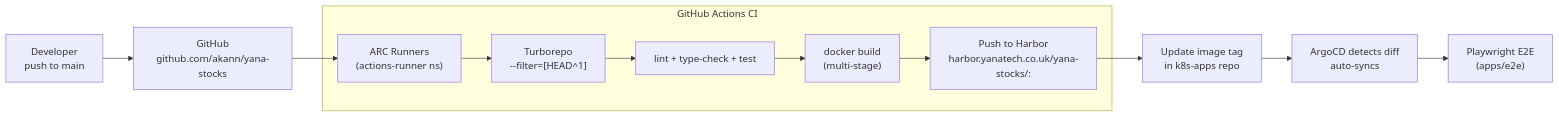
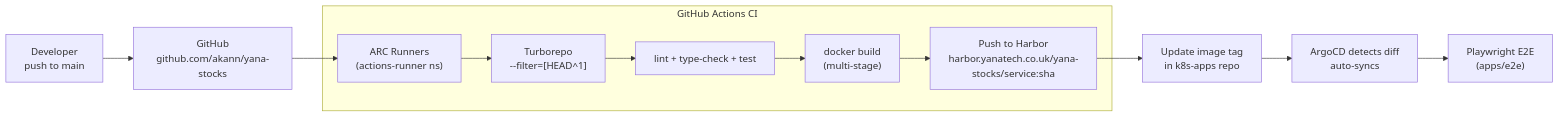
Before and after one commit to akann/k8s-apps: the eighth of 13 diagrams in ARCHITECTURE.md, drawn with Mermaid. The commit also changed other lines of this file, not shown here.

Commit message:
ARCHITECTURE.md

````diff
--- a/ARCHITECTURE.md
+++ b/ARCHITECTURE.md
@@ -413,16 +415,16 @@
 ```mermaid
 graph LR
     Dev["Developer\npush to main"] --> GH["GitHub\ngithub.com/akann/yana-stocks"]
     GH --> ARC["ARC Runners\n(actions-runner ns)"]
-    
+
     subgraph CI["GitHub Actions CI"]
         ARC --> Turbo["Turborepo\n--filter=[HEAD^1]"]
         Turbo --> Tests["lint + type-check + test"]
         Tests --> Docker["docker build\n(multi-stage)"]
-        Docker --> Harbor["Push to Harbor\nharbor.yanatech.co.uk/yana-stocks/<svc>:<sha>"]
+        Docker --> Harbor["Push to Harbor\nharbor.yanatech.co.uk/yana-stocks/service:sha"]
     end
-    
+
     Harbor --> UpdateTag["Update image tag\nin k8s-apps repo"]
     UpdateTag --> ArgoCD["ArgoCD detects diff\nauto-syncs"]
     ArgoCD --> E2E["Playwright E2E\n(apps/e2e)"]
 ```
````
